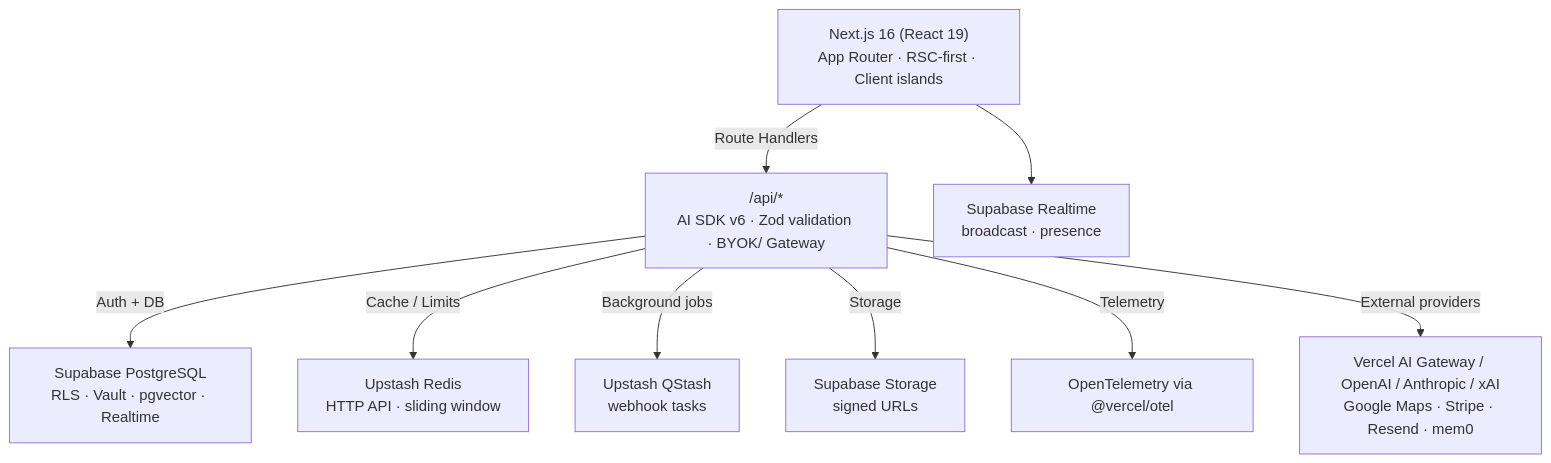
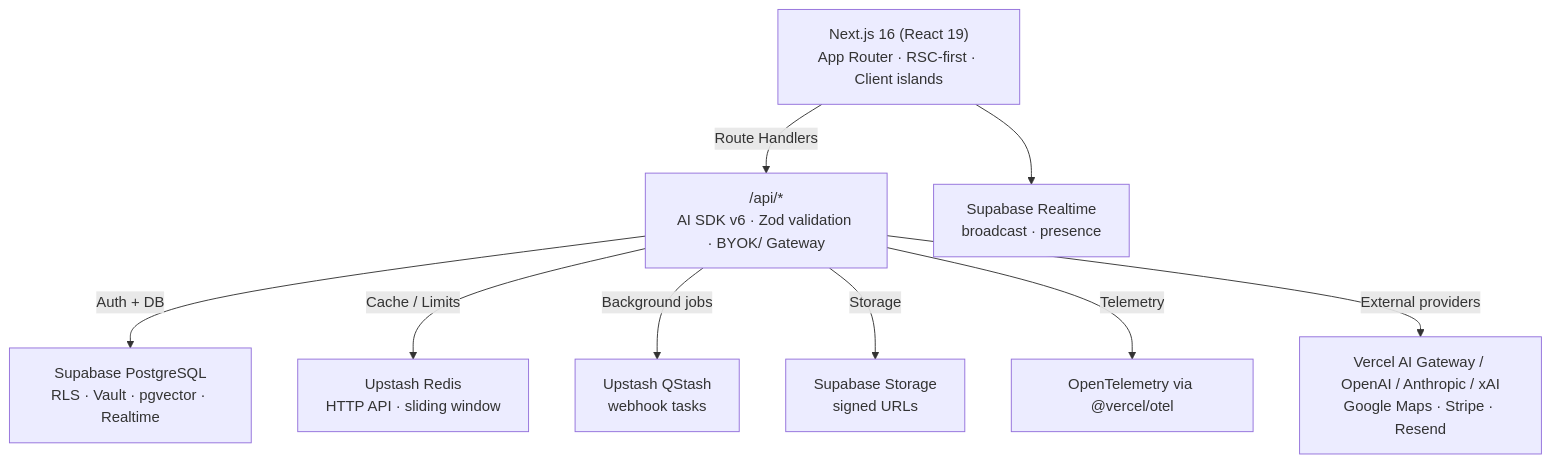
The first of 3 diagrams in docs/architecture/system-overview.md (BjornMelin/tripsage-ai), drawn with Mermaid before and after one commit. The commit also changed other lines of this file and 20 other files, not shown here.

````diff
--- a/docs/architecture/system-overview.md
+++ b/docs/architecture/system-overview.md
@@ -7,11 +7,11 @@
 ```mermaid
 graph TD
     FE["Next.js 16 (React 19)<br/>App Router · RSC-first · Client islands"] -->|"Route Handlers"| API["/api/*<br/>AI SDK v6 · Zod validation · BYOK/ Gateway"]
     API -->|"Auth + DB"| DB["Supabase PostgreSQL<br/>RLS · Vault · pgvector · Realtime"]
     API -->|"Cache / Limits"| REDIS["Upstash Redis<br/>HTTP API · sliding window"]
     API -->|"Background jobs"| QSTASH["Upstash QStash<br/>webhook tasks"]
     API -->|"Storage"| STORAGE["Supabase Storage<br/>signed URLs"]
     API -->|"Telemetry"| OTEL["OpenTelemetry via @vercel/otel"]
-    API -->|"External providers"| PROVIDERS["Vercel AI Gateway / OpenAI / Anthropic / xAI<br/>Google Maps · Stripe · Resend · mem0"]
+    API -->|"External providers"| PROVIDERS["Vercel AI Gateway / OpenAI / Anthropic / xAI<br/>Google Maps · Stripe · Resend"]
     FE --> RT["Supabase Realtime<br/>broadcast · presence"]
 ```
````
